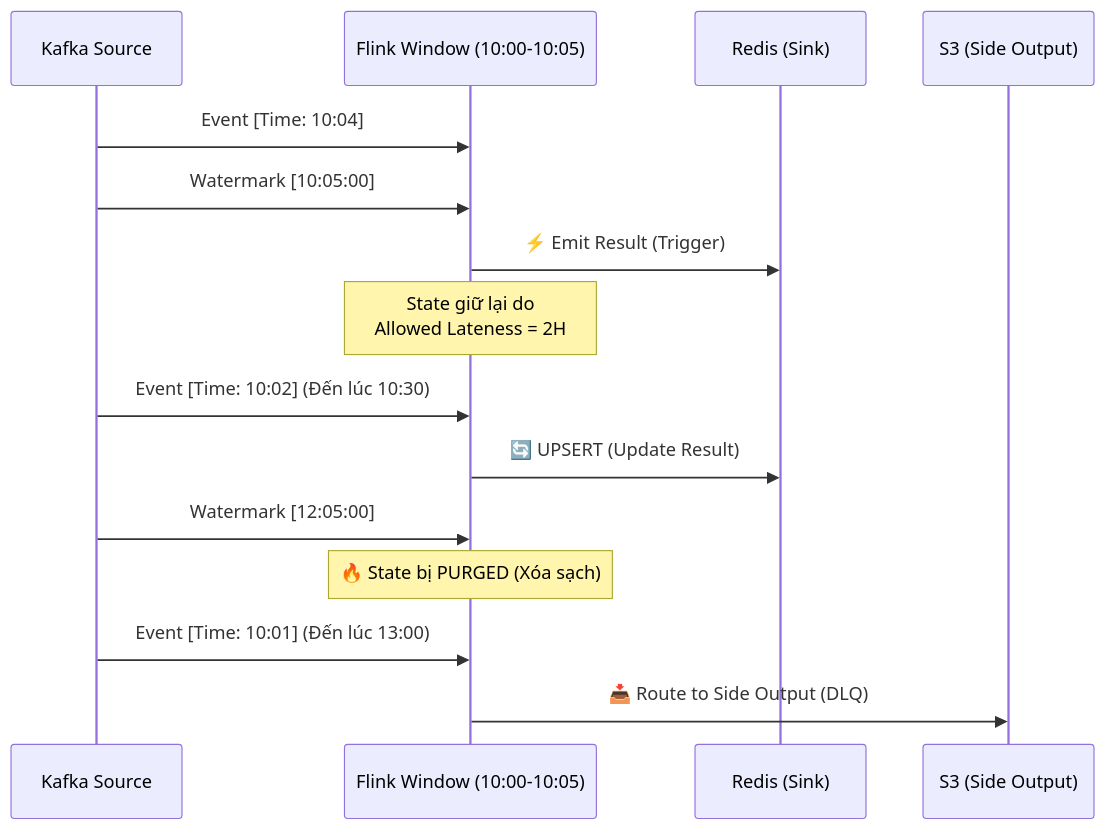
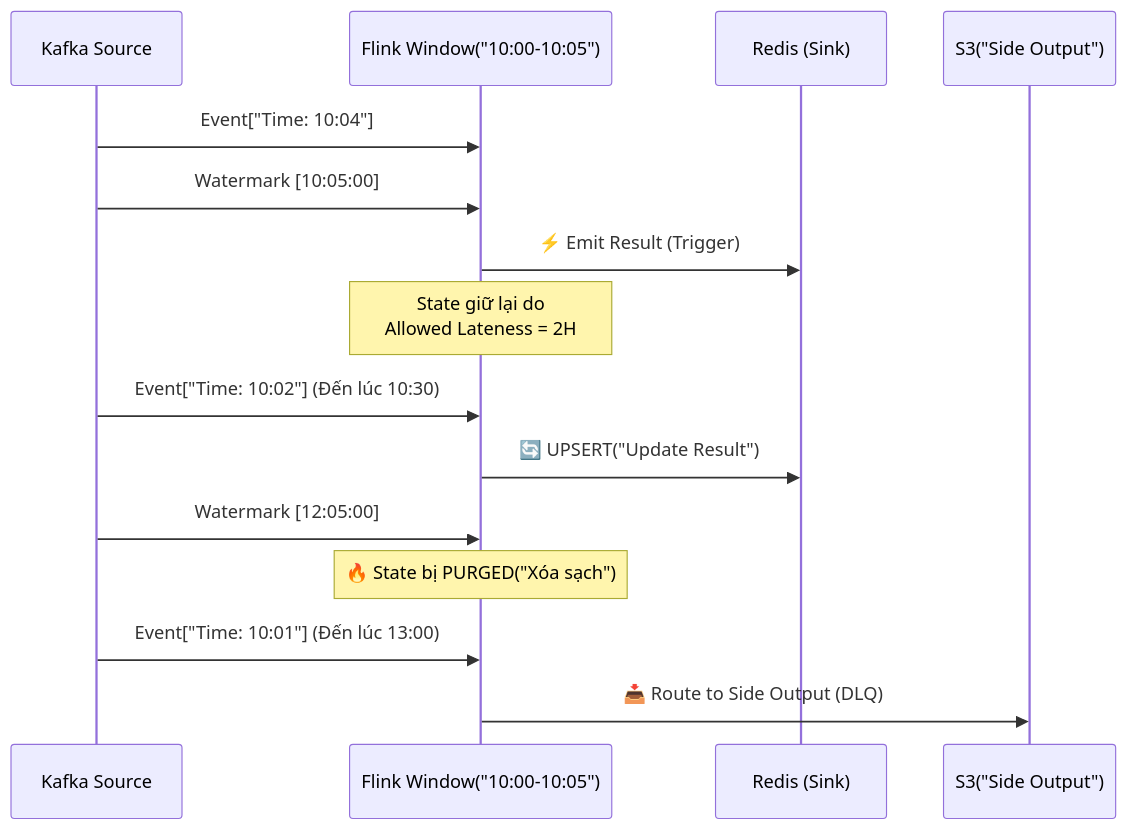
The second of 2 diagrams in src/content/docs/concepts/5-stream-processing-realtime/flink-watermarks-late-data.md (kythuatdulieu/kythuatdulieu.github.io), drawn with Mermaid before and after one commit. The commit also changed other lines of this file and 190 other files, not shown here.

Commit message:
fix: resolve mermaid syntax, math rendering, and metadata issues from content rewrite

````diff
--- a/src/content/docs/concepts/5-stream-processing-realtime/flink-watermarks-late-data.md
+++ b/src/content/docs/concepts/5-stream-processing-realtime/flink-watermarks-late-data.md
@@ -83,21 +83,21 @@
 ```mermaid
 sequenceDiagram
     participant Kafka as Kafka Source
-    participant Flink as Flink Window (10:00-10:05)
+    participant Flink as Flink Window("10:00-10:05")
     participant Redis as Redis (Sink)
-    participant S3 as S3 (Side Output)
+    participant S3 as S3("Side Output")
 
-    Kafka->>Flink: Event [Time: 10:04]
+    Kafka->>Flink: Event["Time: 10:04"]
     Kafka->>Flink: Watermark [10:05:00]
     Flink->>Redis: ⚡ Emit Result (Trigger)
     Note over Flink: State giữ lại do<br/>Allowed Lateness = 2H
     
-    Kafka->>Flink: Event [Time: 10:02] (Đến lúc 10:30)
-    Flink->>Redis: 🔄 UPSERT (Update Result)
+    Kafka->>Flink: Event["Time: 10:02"] (Đến lúc 10:30)
+    Flink->>Redis: 🔄 UPSERT("Update Result")
     
     Kafka->>Flink: Watermark [12:05:00]
-    Note over Flink: 🔥 State bị PURGED (Xóa sạch)
+    Note over Flink: 🔥 State bị PURGED("Xóa sạch")
     
-    Kafka->>Flink: Event [Time: 10:01] (Đến lúc 13:00)
+    Kafka->>Flink: Event["Time: 10:01"] (Đến lúc 13:00)
     Flink->>S3: 📥 Route to Side Output (DLQ)
 ```
````
